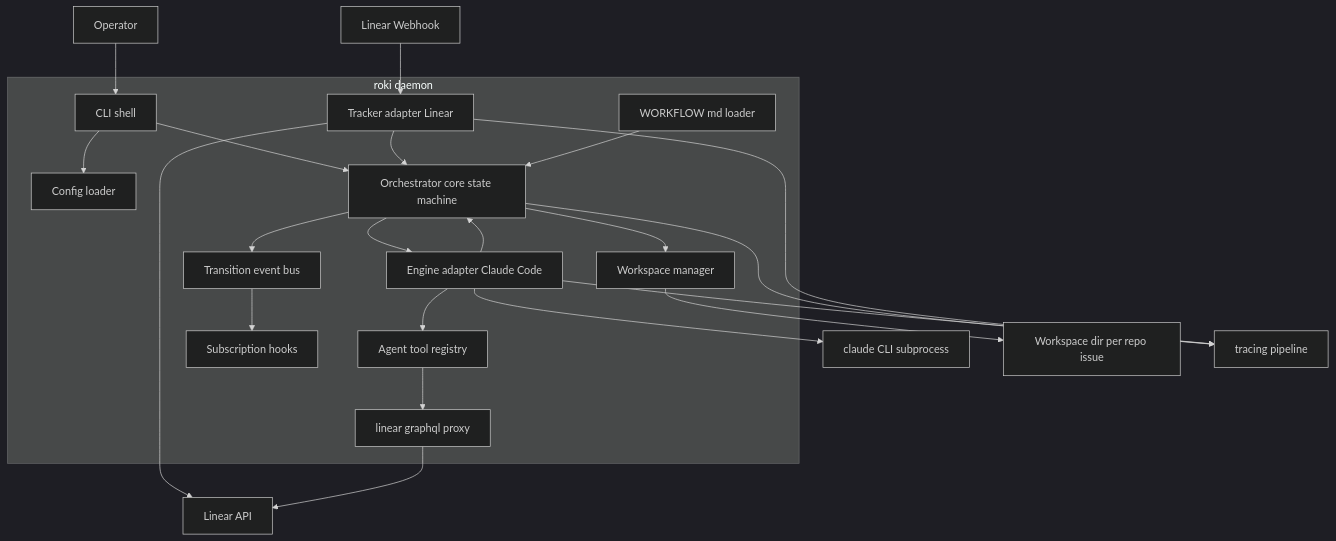
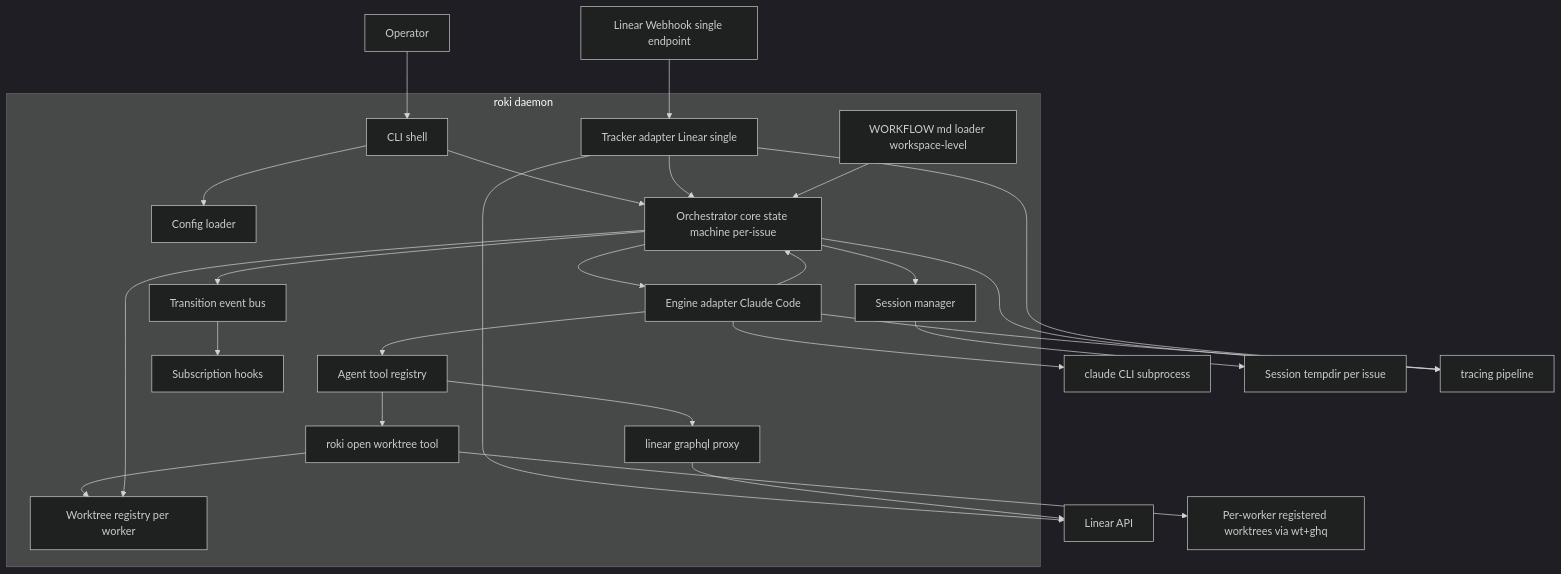
Before and after one commit to reedom/roki: the first of 3 diagrams in .kiro/specs/roki-mvp/design.md, drawn with Mermaid (dark theme). The commit also changed other lines of this file and 1 other file, not shown here.

````diff
--- a/.kiro/specs/roki-mvp/design.md
+++ b/.kiro/specs/roki-mvp/design.md
@@ -88,44 +97,51 @@
 ```mermaid
 graph TB
     Operator[Operator]
     Linear[Linear API]
-    Webhook[Linear Webhook]
+    Webhook[Linear Webhook single endpoint]
     ClaudeCli[claude CLI subprocess]
-    Workspace[Workspace dir per repo issue]
+    SessionDir[Session tempdir per issue]
+    Worktrees[Per-worker registered worktrees via wt+ghq]
     Logs[tracing pipeline]
 
     subgraph Roki[roki daemon]
         Cli[CLI shell]
         Config[Config loader]
-        WorkflowLoader[WORKFLOW md loader]
-        TrackerAdapter[Tracker adapter Linear]
-        Orchestrator[Orchestrator core state machine]
+        WorkflowLoader[WORKFLOW md loader workspace-level]
+        TrackerAdapter[Tracker adapter Linear single]
+        Orchestrator[Orchestrator core state machine per-issue]
         EventBus[Transition event bus]
         ToolRegistry[Agent tool registry]
         LinearGraphqlTool[linear graphql proxy]
+        OpenWorktreeTool[roki open worktree tool]
         EngineAdapter[Engine adapter Claude Code]
-        WorkspaceMgr[Workspace manager]
+        SessionMgr[Session manager]
+        WorktreeRegistry[Worktree registry per worker]
         SubscriberHooks[Subscription hooks]
     end
 
     Operator --> Cli
     Cli --> Config
     Cli --> Orchestrator
     Webhook --> TrackerAdapter
     TrackerAdapter --> Linear
     TrackerAdapter --> Orchestrator
     WorkflowLoader --> Orchestrator
-    Orchestrator --> WorkspaceMgr
-    WorkspaceMgr --> Workspace
+    Orchestrator --> SessionMgr
+    SessionMgr --> SessionDir
     Orchestrator --> EngineAdapter
     EngineAdapter --> ClaudeCli
     EngineAdapter --> Orchestrator
     Orchestrator --> EventBus
     EventBus --> SubscriberHooks
     EngineAdapter --> ToolRegistry
     ToolRegistry --> LinearGraphqlTool
+    ToolRegistry --> OpenWorktreeTool
+    OpenWorktreeTool --> WorktreeRegistry
+    OpenWorktreeTool --> Worktrees
     LinearGraphqlTool --> Linear
+    Orchestrator --> WorktreeRegistry
     Orchestrator --> Logs
     EngineAdapter --> Logs
     TrackerAdapter --> Logs
 ```
````
